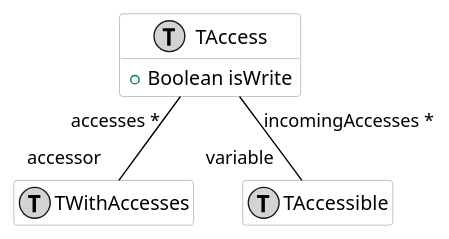
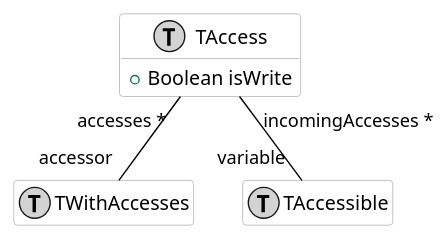
Before and after one commit to moosetechnology/moose-wiki: the diagram in Developers/Diagrams/access.puml, drawn with PlantUML. The commit also changed 6 other files, not shown here.

```diff
--- a/Developers/Diagrams/access.puml
+++ b/Developers/Diagrams/access.puml
@@ -1,24 +1,24 @@
 @startuml
 hide empty members
 
 skinparam class {
   BackgroundColor white
   ArrowColor black
   BorderColor darkGray
 }
 
 class behavior1 as "TWithAccesses" << (T,lightGrey) >> {
 }
 
 class behavior2 as "TAccessible" << (T,lightGrey) >> {
 }
 
 class behavior3 as "TAccess" << (T,lightGrey) >> {
 	+ Boolean isWrite
 }
 
 
-behavior3 "accesses * " -[#black]- "accessor  " behavior1
-behavior3 "incomingAccesses * " -[#black]- "variable  " behavior2
+behavior3 "accesses *" -[#black]- "accessor" behavior1
+behavior3 "incomingAccesses *" -[#black]- "variable" behavior2
 
 @enduml
```
